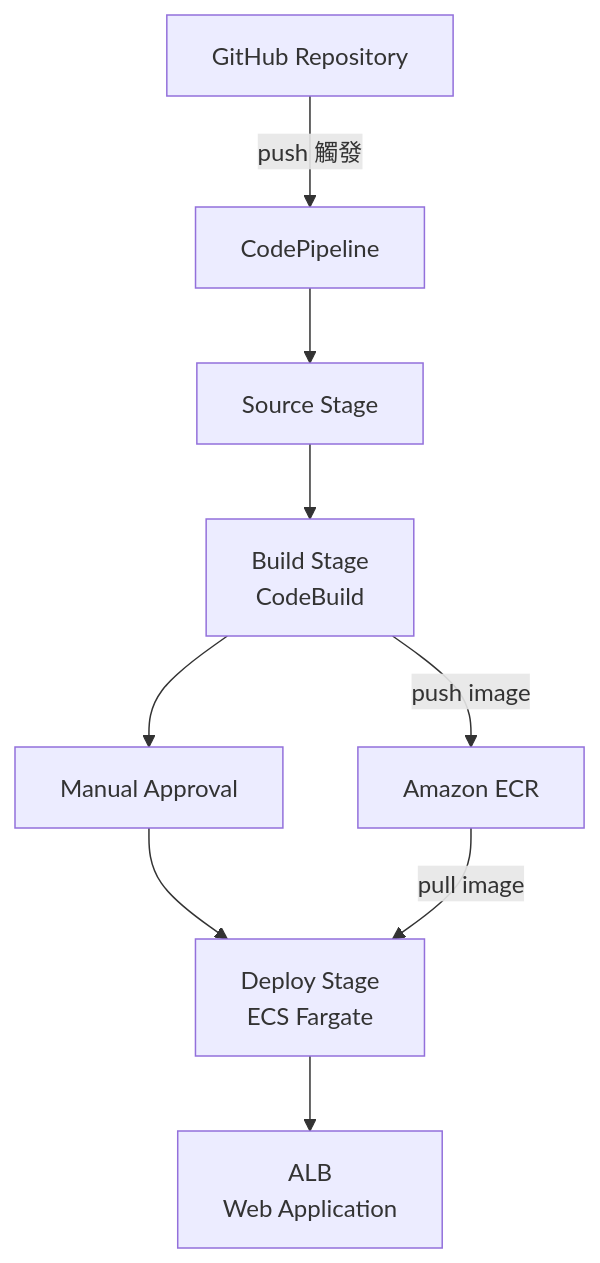
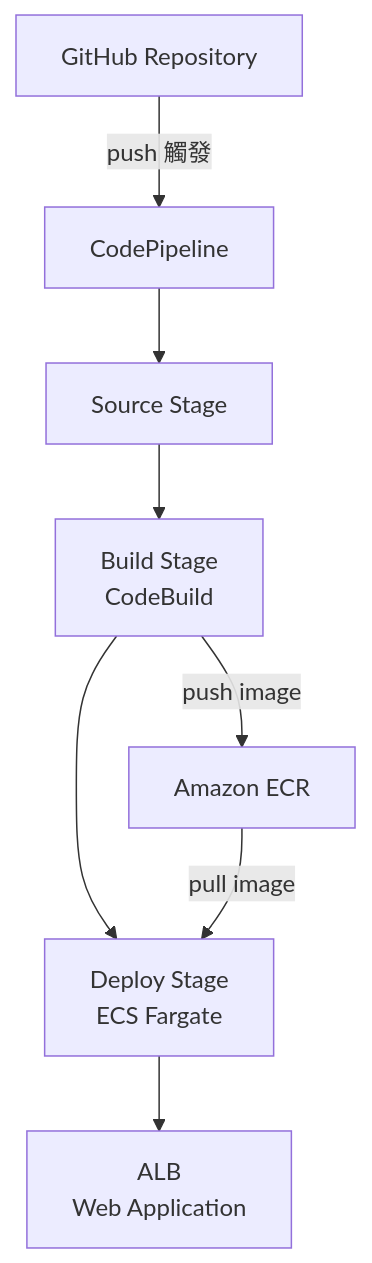
Before and after one commit to KatLantyss/ecv-aws-workshop: the diagram in content/cicd-pipeline-with-codepipeline/_index.md, drawn with Mermaid. The commit also changed other lines of this file and 12 other files, not shown here.

````diff
--- a/content/cicd-pipeline-with-codepipeline/_index.md
+++ b/content/cicd-pipeline-with-codepipeline/_index.md
@@ -28,11 +28,10 @@
 ```mermaid
 graph TB
     A[GitHub Repository] -->|push 觸發| B[CodePipeline]
     B --> C[Source Stage]
     C --> D[Build Stage<br/>CodeBuild]
-    D --> E[Manual Approval]
-    E --> F[Deploy Stage<br/>ECS Fargate]
+    D --> F[Deploy Stage<br/>ECS Fargate]
     D -->|push image| G[Amazon ECR]
     G -->|pull image| F
     F --> H[ALB<br/>Web Application]
 ```
````
